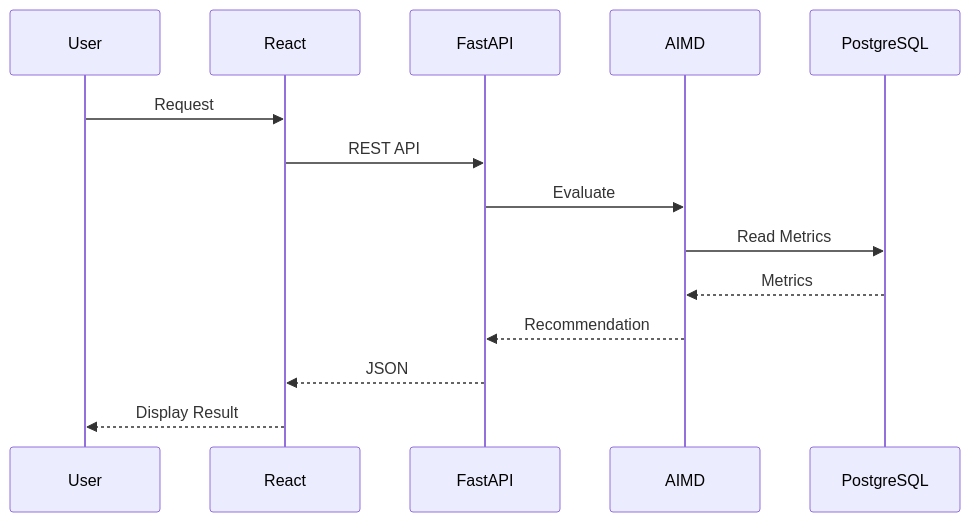
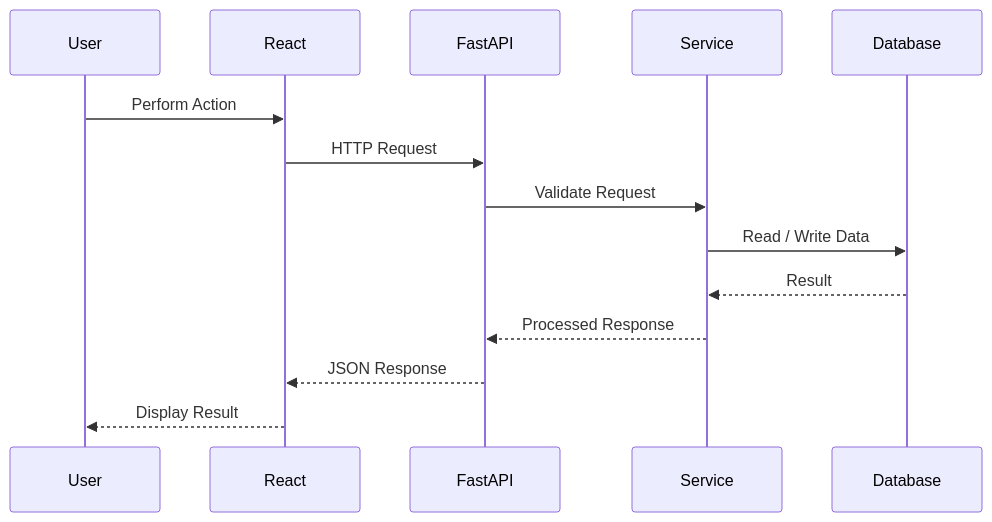
Before and after one commit to shailendrasinghrathore369/PhoenixML: the second of 3 diagrams in docs/07-api-design.md, drawn with Mermaid. The commit also changed other lines of this file and 6 other files, not shown here.

````diff
--- a/docs/07-api-design.md
+++ b/docs/07-api-design.md
@@ -342,29 +335,25 @@
 ```mermaid
 sequenceDiagram
 
 participant User
+participant React
+participant FastAPI
+participant Service
+participant Database
 
-participant React
+User->>React: Perform Action
 
-participant FastAPI
+React->>FastAPI: HTTP Request
 
-participant AIMD
+FastAPI->>Service: Validate Request
 
-participant PostgreSQL
+Service->>Database: Read / Write Data
 
-User->>React: Request
+Database-->>Service: Result
 
-React->>FastAPI: REST API
+Service-->>FastAPI: Processed Response
 
-FastAPI->>AIMD: Evaluate
-
-AIMD->>PostgreSQL: Read Metrics
-
-PostgreSQL-->>AIMD: Metrics
-
-AIMD-->>FastAPI: Recommendation
-
-FastAPI-->>React: JSON
+FastAPI-->>React: JSON Response
 
 React-->>User: Display Result
 ```
````
